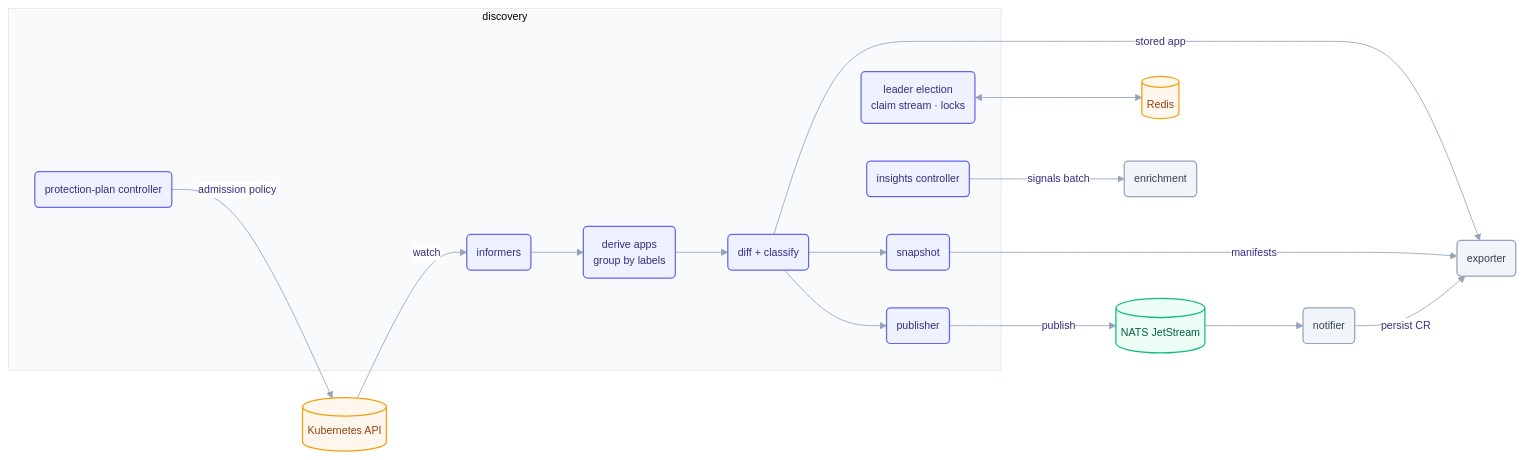
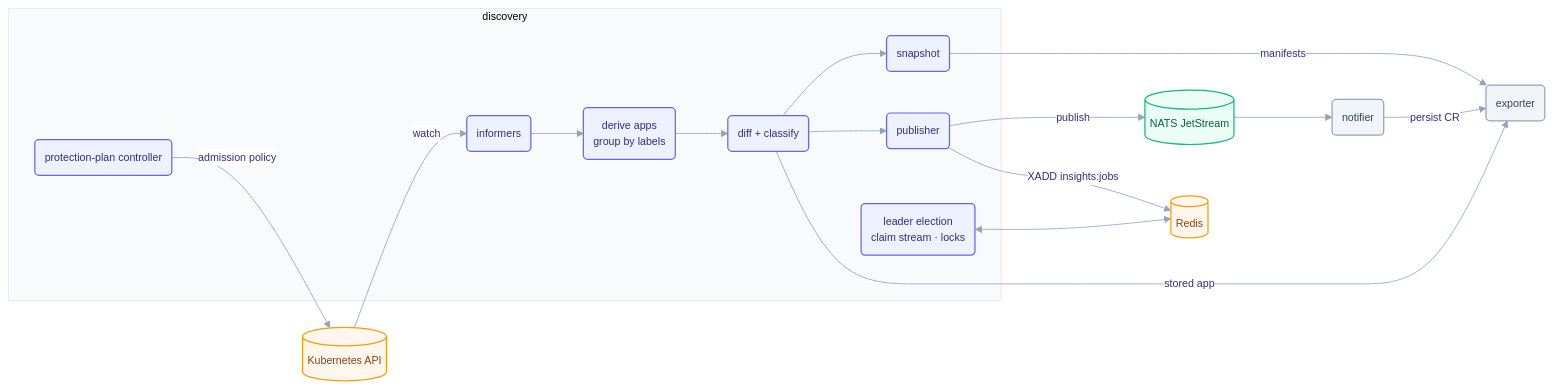
The first of 3 diagrams in services/discovery/README.md (telark/telark), drawn with Mermaid before and after one commit. The commit also changed other lines of this file and 777 other files, not shown here.

````diff
--- a/services/discovery/README.md
+++ b/services/discovery/README.md
@@ -15,38 +15,36 @@
 ```mermaid
 %%{init: {"theme":"base","themeVariables":{"fontFamily":"ui-sans-serif, system-ui, -apple-system, Segoe UI, Roboto, sans-serif","fontSize":"13px","lineColor":"#94a3b8","primaryColor":"#eef2ff","primaryBorderColor":"#6366f1","primaryTextColor":"#312e81","edgeLabelBackground":"#ffffff","clusterBkg":"#f8fafc","clusterBorder":"#e2e8f0"},"flowchart":{"curve":"basis","htmlLabels":true,"nodeSpacing":46,"rankSpacing":64,"padding":12}}}%%
 flowchart LR
   K8S[("Kubernetes API")]
 
   subgraph discovery["discovery"]
     INF(informers) --> DER("derive apps<br/>group by labels")
     DER --> DIFF(diff + classify)
     DIFF --> SNAP(snapshot)
     DIFF --> PUB(publisher)
-    INS(insights controller)
     PLN(protection-plan controller)
     COORD("leader election<br/>claim stream · locks")
   end
 
   EXP(exporter)
   NATS[("NATS JetStream")]
   NTF(notifier)
   REDIS[("Redis")]
-  ENR(enrichment)
 
   K8S -->|watch| INF
   DIFF -->|stored app| EXP
   SNAP -->|manifests| EXP
   PUB -->|publish| NATS --> NTF -->|persist CR| EXP
   COORD <--> REDIS
-  INS -->|signals batch| ENR
+  PUB -->|XADD insights:jobs| REDIS
   PLN -->|admission policy| K8S
 
   classDef svc fill:#eef2ff,stroke:#6366f1,stroke-width:1.5px,color:#312e81;
   classDef infra fill:#ecfdf5,stroke:#10b981,stroke-width:1.5px,color:#065f46;
   classDef peer fill:#f1f5f9,stroke:#94a3b8,stroke-width:1.5px,color:#334155;
   classDef store fill:#fff7ed,stroke:#f59e0b,stroke-width:1.5px,color:#92400e;
-  class INF,DER,DIFF,SNAP,PUB,INS,PLN,COORD svc;
+  class INF,DER,DIFF,SNAP,PUB,PLN,COORD svc;
   class NATS infra;
-  class EXP,NTF,ENR peer;
+  class EXP,NTF peer;
   class K8S,REDIS store;
 ```
````
